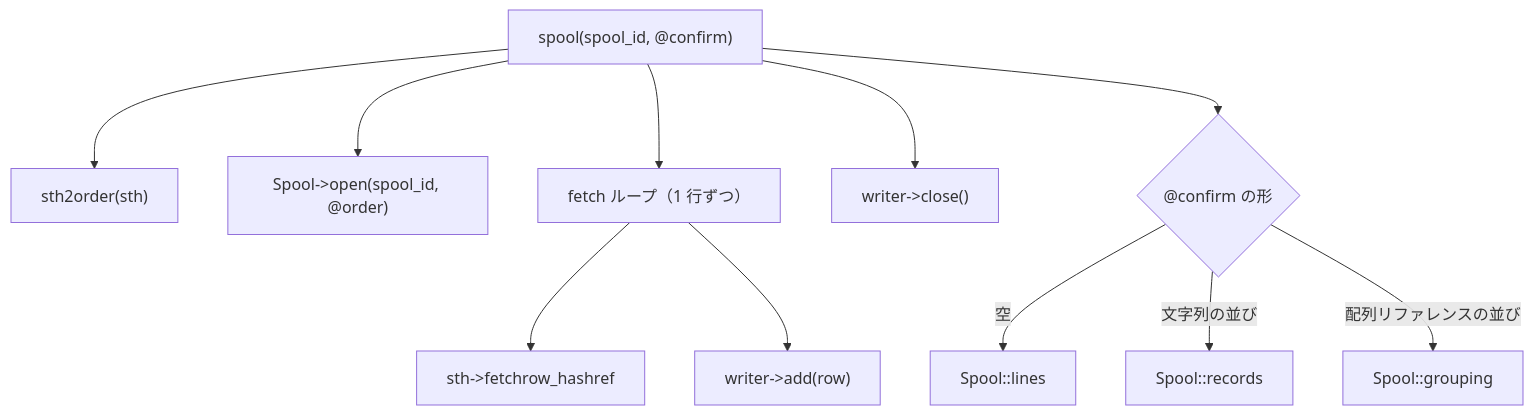
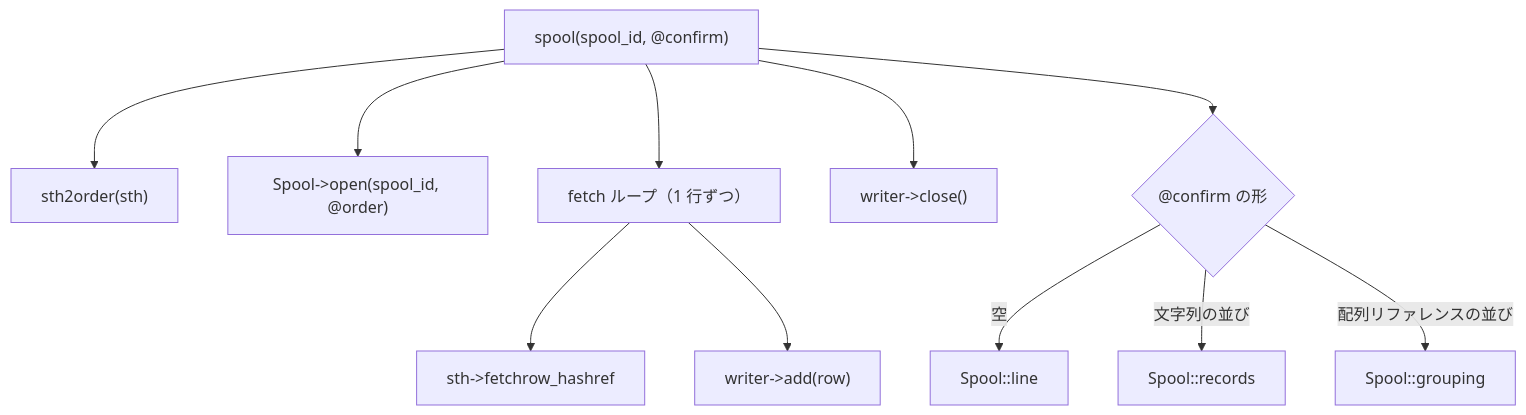
The third of 4 diagrams in docs/call.md (darong37/DBOBJ), drawn with Mermaid before and after one commit. The commit also changed other lines of this file and 9 other files, not shown here.

````diff
--- a/docs/call.md
+++ b/docs/call.md
@@ -142,13 +142,13 @@
 ```mermaid
 flowchart TB
     spool["spool(spool_id, @confirm)"] --> sth2order["sth2order(sth)"]
     spool --> spool_open["Spool->open(spool_id, @order)"]
     spool --> loop["fetch ループ（1 行ずつ）"]
     loop --> sth_fetchrow["sth->fetchrow_hashref"]
     loop --> spool_add["writer->add(row)"]
     spool --> spool_close["writer->close()"]
     spool --> dispatch{"@confirm の形"}
-    dispatch -->|"空"| spool_lines["Spool::lines"]
+    dispatch -->|"空"| spool_lines["Spool::line"]
     dispatch -->|"文字列の並び"| spool_records["Spool::records"]
     dispatch -->|"配列リファレンスの並び"| spool_grouping["Spool::grouping"]
 ```
````
